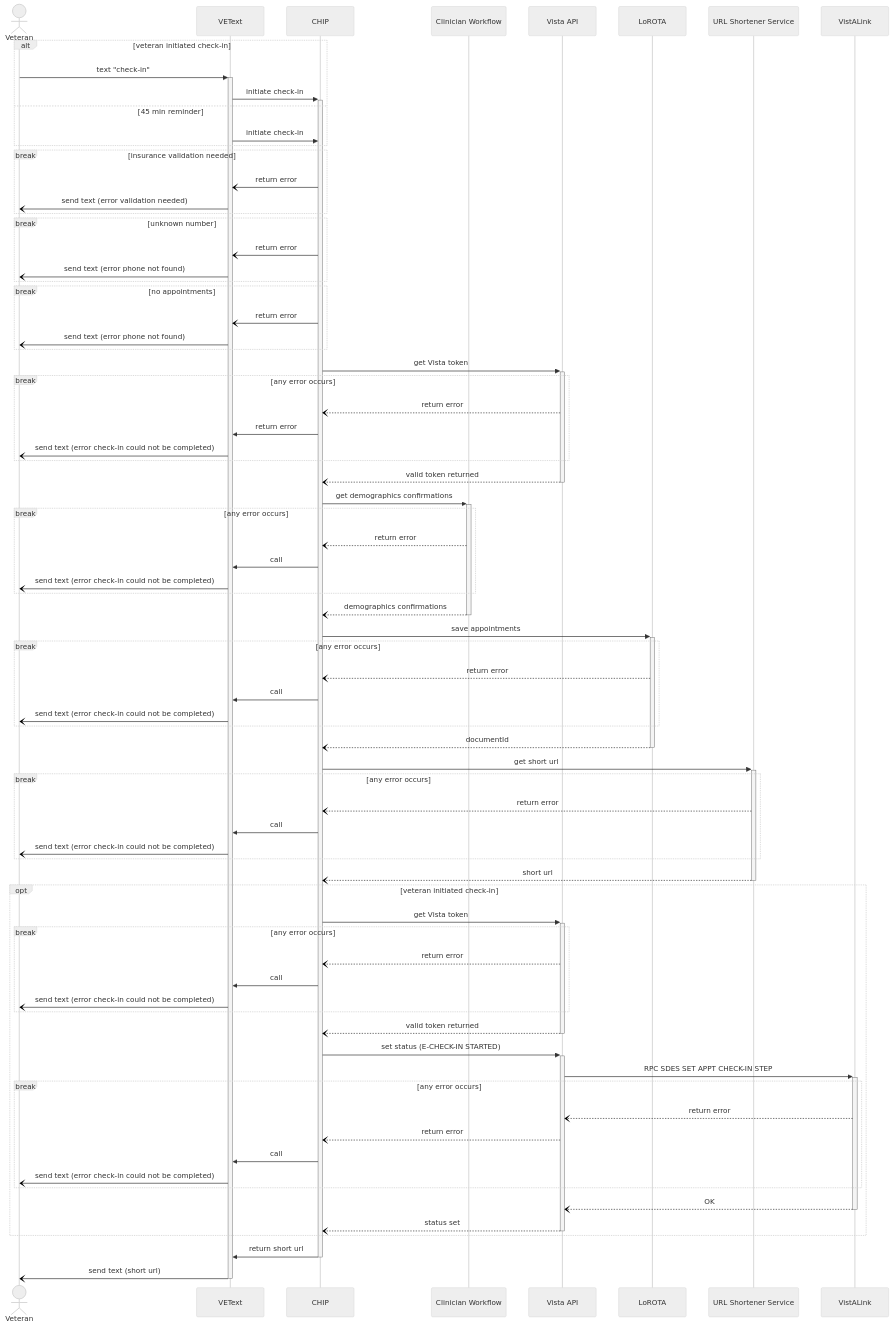
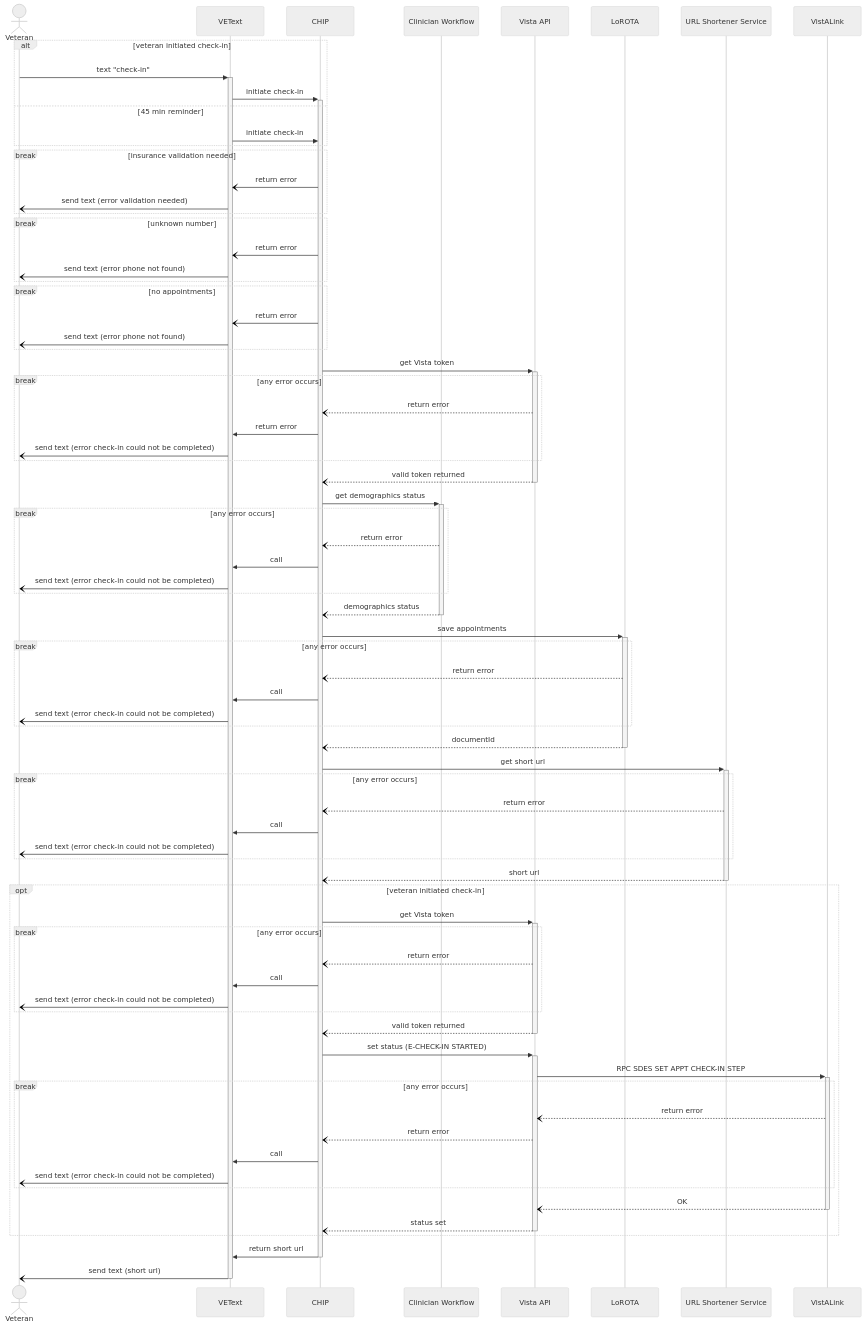
Before and after one commit to department-of-veterans-affairs/va.gov-team: the first of 5 diagrams in products/health-care/checkin/engineering/architecture-diagrams/sequenceDiagram_checkInExp.md, drawn with Mermaid (neutral theme).

```diff
--- a/products/health-care/checkin/engineering/architecture-diagrams/sequenceDiagram_checkInExp.md
+++ b/products/health-care/checkin/engineering/architecture-diagrams/sequenceDiagram_checkInExp.md
@@ -57,7 +57,7 @@
 
   va--)-c: valid token returned
 
-  c->>+cw: get demographics confirmations
+  c->>+cw: get demographics status
 
   break any error occurs
     cw--)c: return error
@@ -65,7 +65,7 @@
     vt-)vet: send text (error check-in could not be completed)
   end
 
-  cw--)-c: demographics confirmations
+  cw--)-c: demographics status
 
   c->>+l: save appointments
 
```
